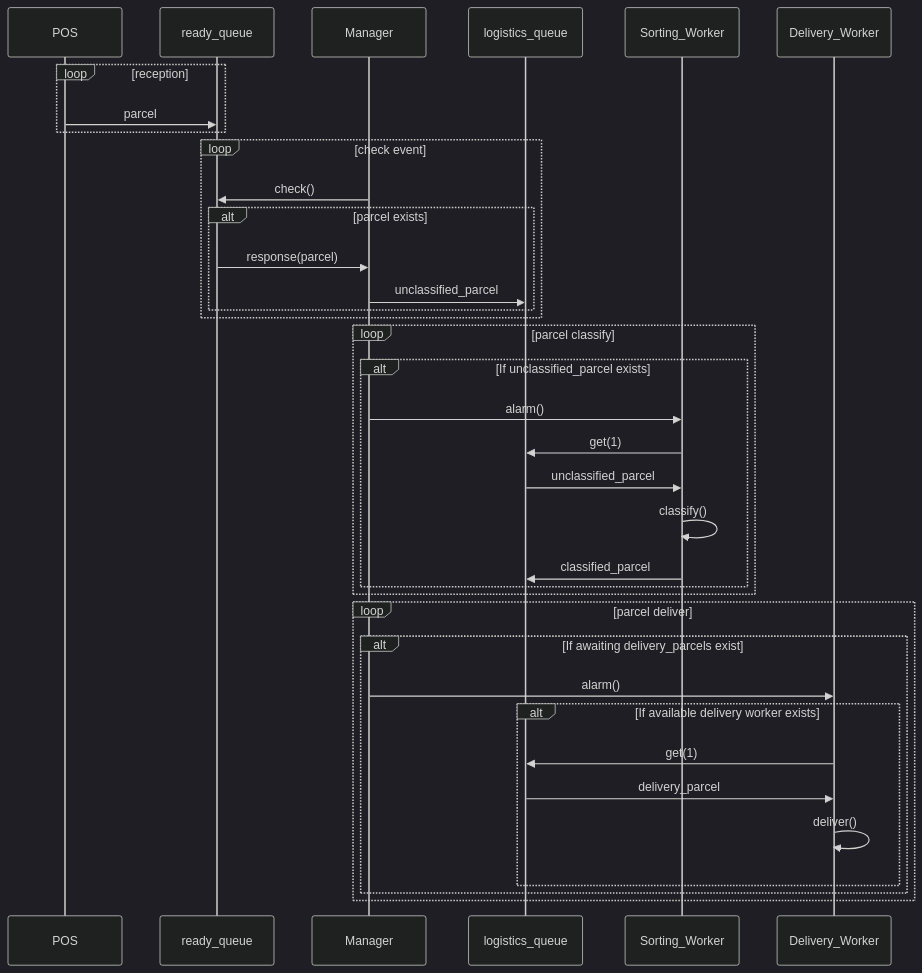
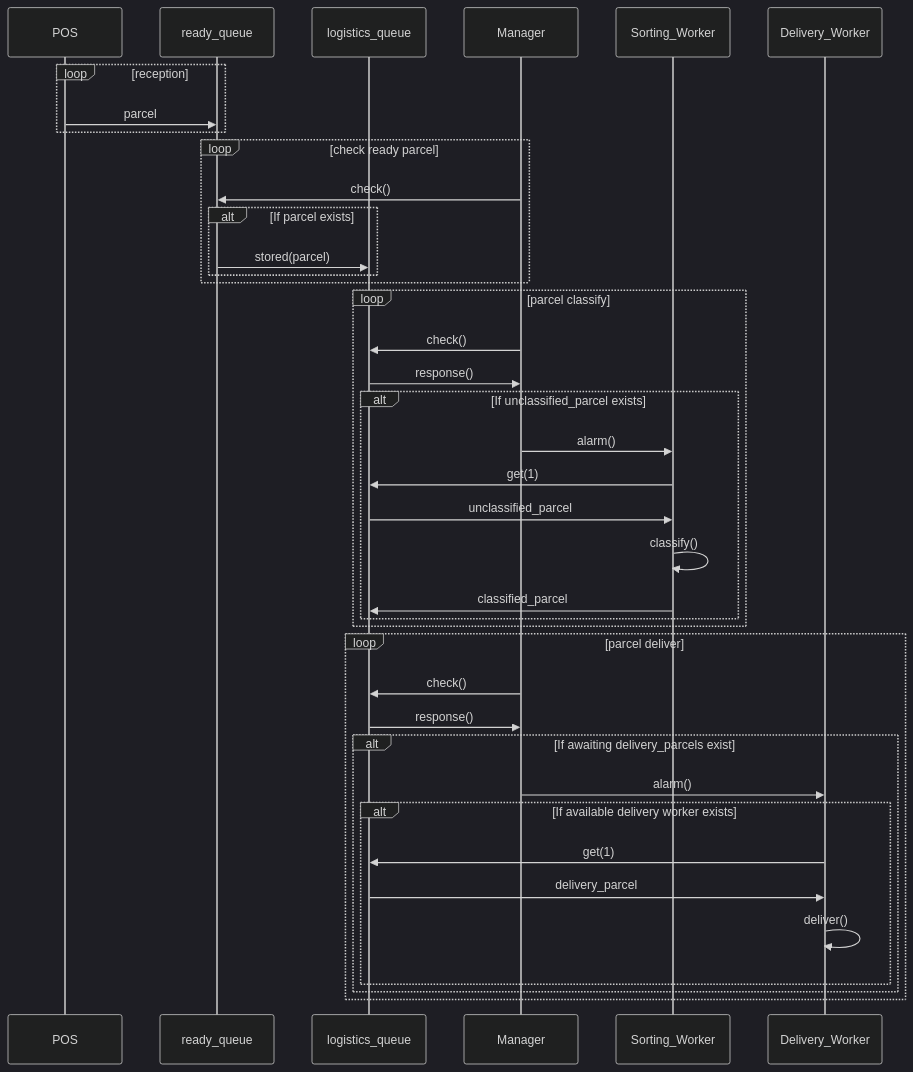
One commit to NarciSource/Boostcamp-Challenge changed the diagram in README.md. Above: the diagram before and after it, drawn with Mermaid (dark theme). The commit also changed other lines of this file and 2 other files, not shown here.

Commit message:
feat: 분류 작업자에 물품 할당

````diff
--- a/README.md
+++ b/README.md
@@ -56,42 +56,45 @@
 ```mermaid
 sequenceDiagram
     participant POS
     participant ready_queue
+    participant logistics_queue
     participant Manager
-    participant logistics_queue
     participant Sorting_Worker
     participant Delivery_Worker
 
     loop reception
         POS->>ready_queue: parcel
     end
 
-    loop check event
+    loop check ready parcel
         Manager->>ready_queue: check()
-        alt parcel exists
-            ready_queue->>Manager: response(parcel)
-            Manager->>logistics_queue: unclassified_parcel
+        alt If parcel exists
+            ready_queue->>logistics_queue: stored(parcel)
         end
     end
 
     loop parcel classify
+        Manager->>logistics_queue: check()
+        logistics_queue->>Manager: response()
         alt If unclassified_parcel exists
             Manager->>Sorting_Worker: alarm()
             Sorting_Worker->>logistics_queue: get(1)
             logistics_queue->>Sorting_Worker: unclassified_parcel
             Sorting_Worker->>Sorting_Worker: classify()
             Sorting_Worker->>logistics_queue: classified_parcel
         end
     end
 
     loop parcel deliver
+        Manager->>logistics_queue: check()
+        logistics_queue->>Manager: response()
         alt If awaiting delivery_parcels exist
             Manager->>Delivery_Worker: alarm()
             alt If available delivery worker exists
                 Delivery_Worker->>logistics_queue: get(1)
                 logistics_queue->>Delivery_Worker: delivery_parcel
                 Delivery_Worker->>Delivery_Worker: deliver()
             end
         end
     end
 ```
````
